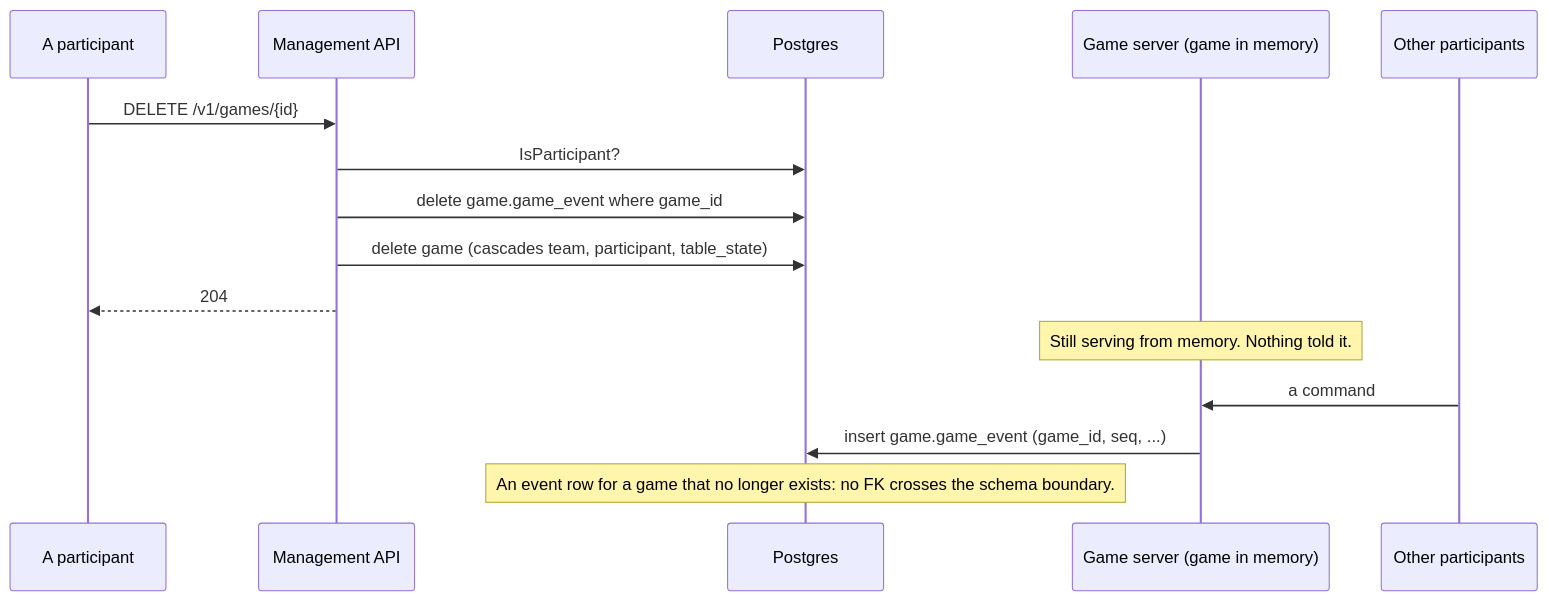
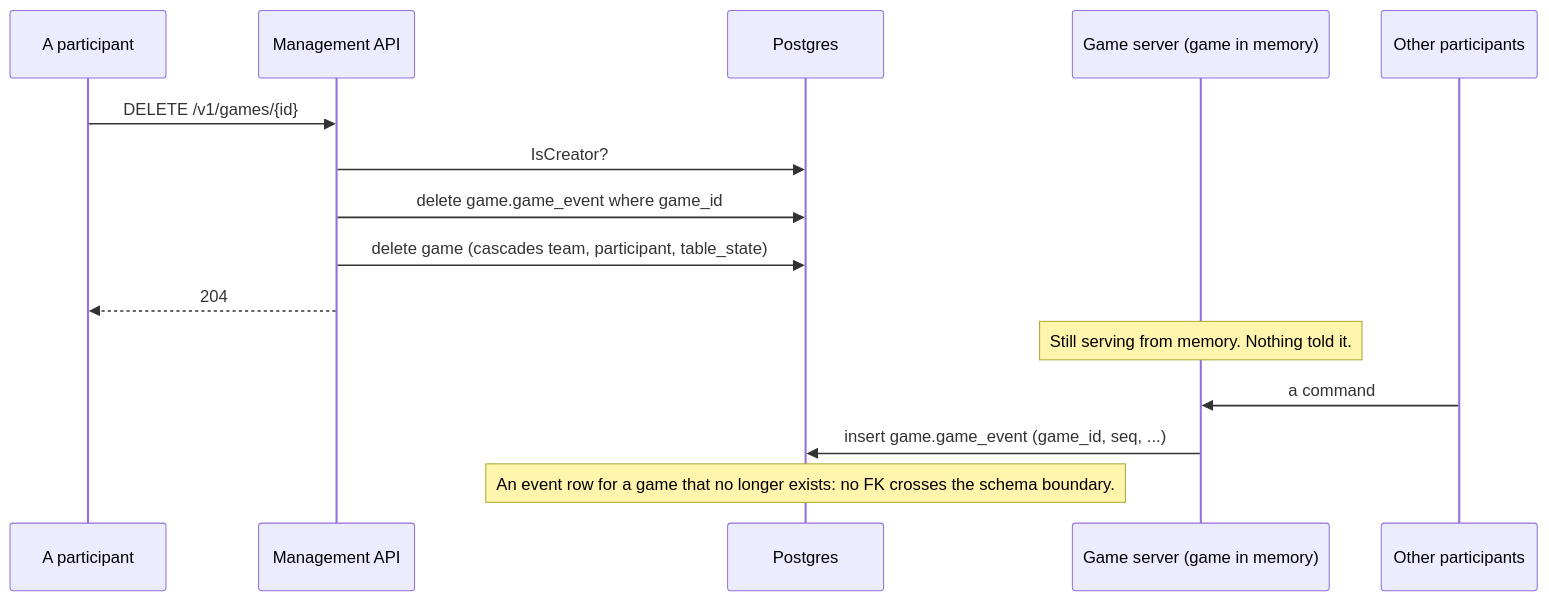
Before and after one commit to cstupi/tabletop: the ninth of 12 diagrams in docs/design/management-api/design.md, drawn with Mermaid. The commit also changed other lines of this file and 25 other files, not shown here.

````diff
--- a/docs/design/management-api/design.md
+++ b/docs/design/management-api/design.md
@@ -1066,18 +1120,18 @@
 ```mermaid
 sequenceDiagram
     participant P as A participant
     participant M as Management API
     participant DB as Postgres
     participant G as Game server (game in memory)
     participant O as Other participants
 
     P->>M: DELETE /v1/games/{id}
-    M->>DB: IsParticipant?
+    M->>DB: IsCreator?
     M->>DB: delete game.game_event where game_id
     M->>DB: delete game (cascades team, participant, table_state)
     M-->>P: 204
     Note over G: Still serving from memory. Nothing told it.
     O->>G: a command
     G->>DB: insert game.game_event (game_id, seq, ...)
     Note over DB: An event row for a game that no longer exists: no FK crosses the schema boundary.
 ```
````
